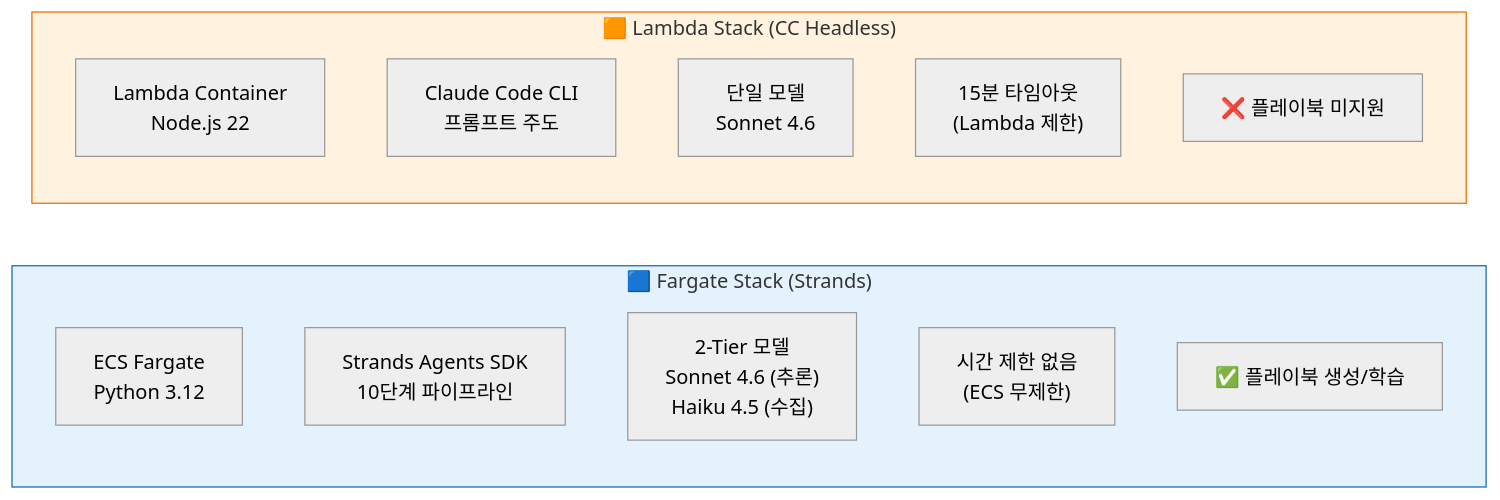
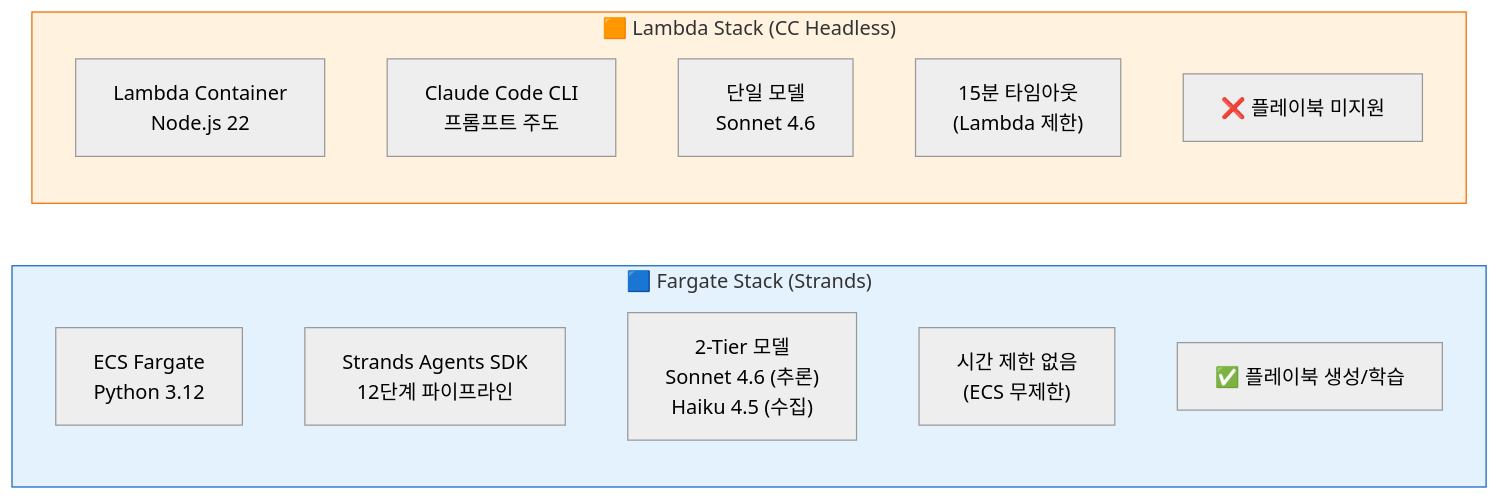
The fifth of 19 diagrams in docs/system-guide-for-ops.md (haandol/rca-agent), drawn with Mermaid (neutral theme) before and after one commit. The commit also changed other lines of this file and 10 other files, not shown here.

````diff
--- a/docs/system-guide-for-ops.md
+++ b/docs/system-guide-for-ops.md
@@ -255,23 +255,23 @@
 ```mermaid
 graph LR
     subgraph Fargate["🟦 Fargate Stack (Strands)"]
         direction TB
         F_ENV["ECS Fargate<br/>Python 3.12"]
-        F_SDK["Strands Agents SDK<br/>10단계 파이프라인"]
+        F_SDK["Strands Agents SDK<br/>12단계 파이프라인"]
         F_MODEL["2-Tier 모델<br/>Sonnet 4.6 (추론)<br/>Haiku 4.5 (수집)"]
         F_TIME["시간 제한 없음<br/>(ECS 무제한)"]
         F_PLAY["✅ 플레이북 생성/학습"]
     end
 
     subgraph Lambda["🟧 Lambda Stack (CC Headless)"]
         direction TB
         L_ENV["Lambda Container<br/>Node.js 22"]
         L_SDK["Claude Code CLI<br/>프롬프트 주도"]
         L_MODEL["단일 모델<br/>Sonnet 4.6"]
         L_TIME["15분 타임아웃<br/>(Lambda 제한)"]
         L_PLAY["❌ 플레이북 미지원"]
     end
 
     style Fargate fill:#e3f2fd,stroke:#1565c0
     style Lambda fill:#fff3e0,stroke:#ef6c00
 ```
````
